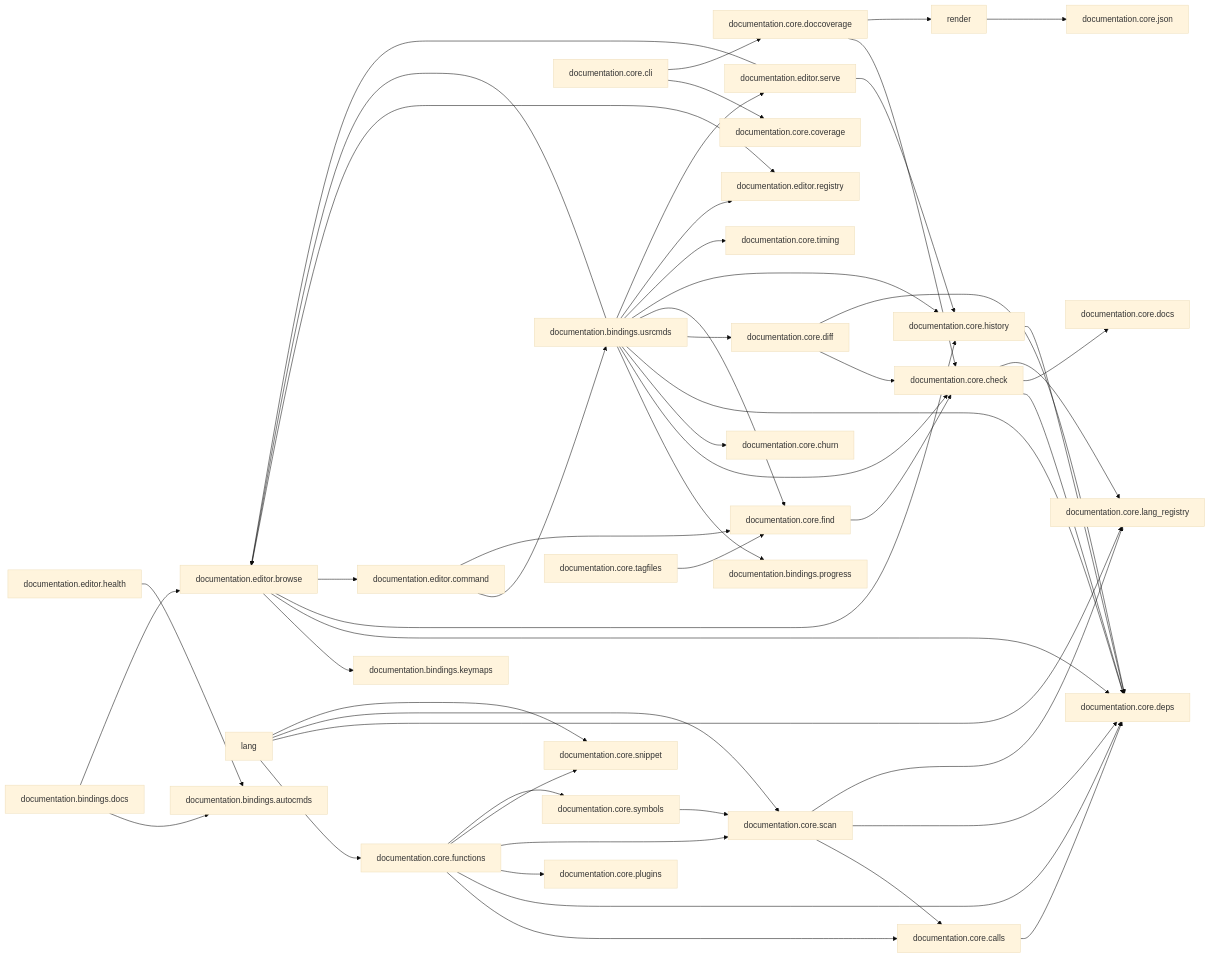
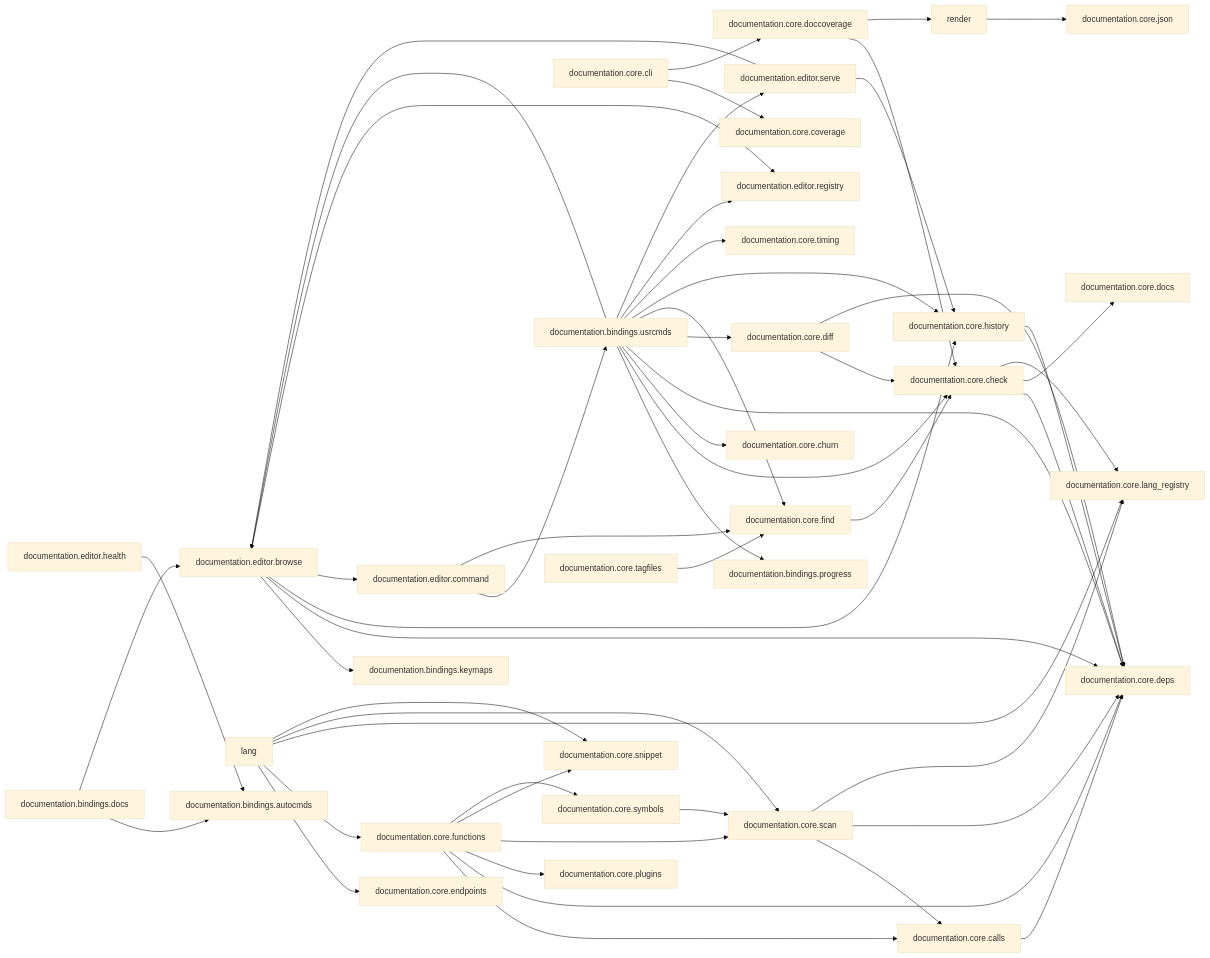
The second of 2 diagrams in docs/map/overview.md (StefanBartl/documentation.nvim), drawn with Mermaid (base theme) before and after one commit. The commit also changed other lines of this file and 15 other files, not shown here.

```diff
--- a/docs/map/overview.md
+++ b/docs/map/overview.md
@@ -55,6 +55,7 @@
   nlua_documentation_core_diff_lua["documentation.core.diff"]
   nlua_documentation_core_doccoverage_lua["documentation.core.doccoverage"]
   nlua_documentation_core_docs_lua["documentation.core.docs"]
+  nlua_documentation_core_endpoints_lua["documentation.core.endpoints"]
   nlua_documentation_core_find_lua["documentation.core.find"]
   nlua_documentation_core_functions_lua["documentation.core.functions"]
   nlua_documentation_core_history_lua["documentation.core.history"]
@@ -104,6 +105,7 @@
   nlua_documentation_core_functions_lua --> nlua_documentation_core_snippet_lua
   nlua_documentation_core_functions_lua --> nlua_documentation_core_symbols_lua
   nlua_documentation_core_history_lua --> nlua_documentation_core_deps_lua
+  nlua_documentation_core_lang --> nlua_documentation_core_endpoints_lua
   nlua_documentation_core_lang --> nlua_documentation_core_functions_lua
   nlua_documentation_core_lang --> nlua_documentation_core_lang_registry_lua
   nlua_documentation_core_lang --> nlua_documentation_core_scan_lua
```
